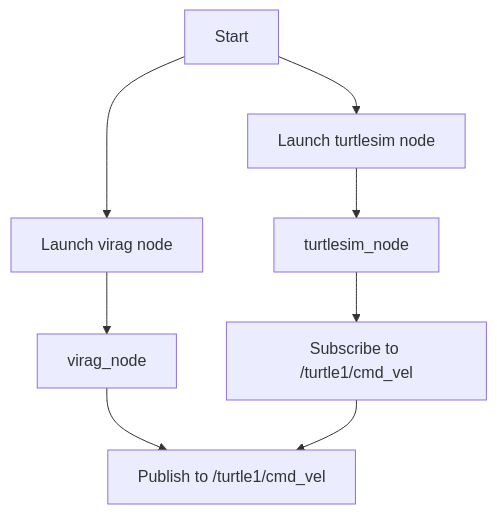
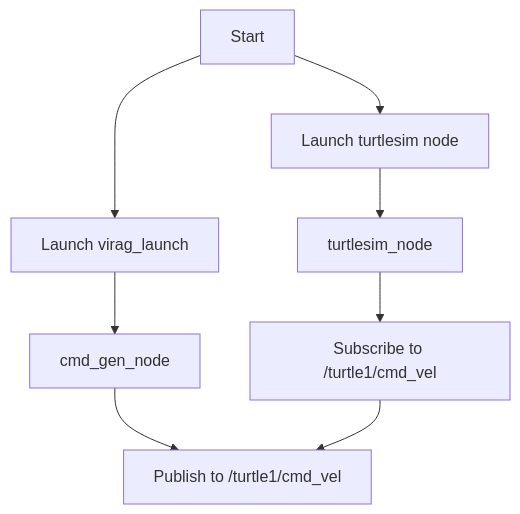
One commit to csaneszvk/fen_ber changed the diagram in README.md. Above: the diagram before and after it, drawn with Mermaid. The commit also changed 2 other files, not shown here.

````diff
--- a/README.md
+++ b/README.md
@@ -33,12 +33,12 @@
 ```mermaid
 graph TD
     A[Start] --> B[Launch turtlesim node]
-    A --> C[Launch virag node]
+    A --> C[Launch virag_launch]
     
     B --> D[turtlesim_node]
-    C --> E[virag_node]
+    C --> E[cmd_gen_node]
 
     E --> F[Publish to /turtle1/cmd_vel]
     D --> G[Subscribe to /turtle1/cmd_vel]
     G --> F
 ```
````
